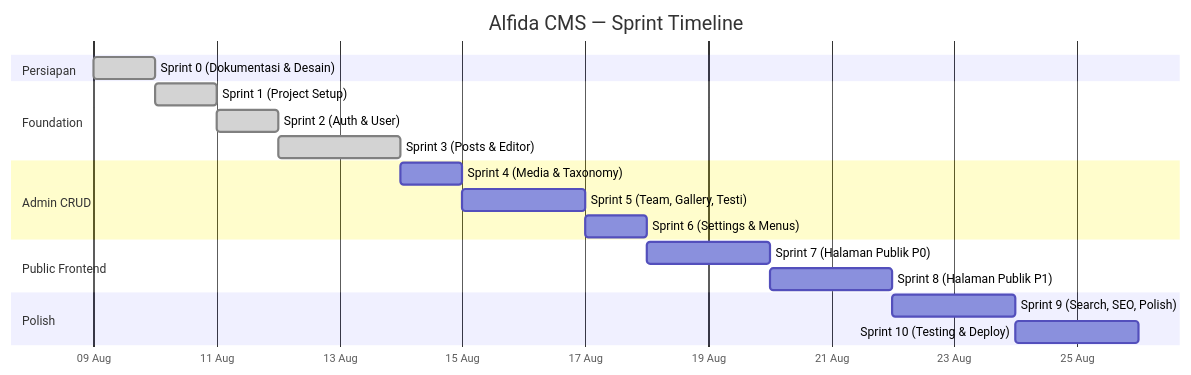
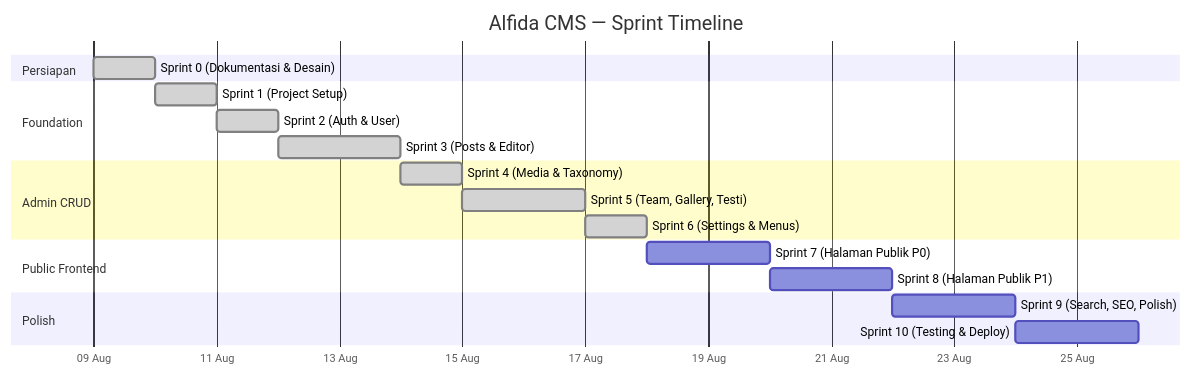
The diagram in docs/sprint-plan.md (alchemista27/nextcms), drawn with Mermaid before and after one commit. The commit also changed other lines of this file and 46 other files, not shown here.

Commit message:
feat: sprint 6 - site settings, dynamic menus, appearance theme config, and implicit many-to-many schema fix

````diff
--- a/docs/sprint-plan.md
+++ b/docs/sprint-plan.md
@@ -17,27 +17,27 @@
 ```mermaid
 gantt
     title Alfida CMS — Sprint Timeline
     dateFormat YYYY-MM-DD
     axisFormat %d %b
 
     section Persiapan
     Sprint 0 (Dokumentasi & Desain)  :done, s0, 2026-08-09, 1d
 
     section Foundation
     Sprint 1 (Project Setup)         :done, s1, after s0, 1d
     Sprint 2 (Auth & User)           :done, s2, after s1, 1d
     Sprint 3 (Posts & Editor)        :done, s3, after s2, 2d
 
     section Admin CRUD
-    Sprint 4 (Media & Taxonomy)      :s4, after s3, 1d
-    Sprint 5 (Team, Gallery, Testi)  :s5, after s4, 2d
-    Sprint 6 (Settings & Menus)      :s6, after s5, 1d
+    Sprint 4 (Media & Taxonomy)      :done, s4, after s3, 1d
+    Sprint 5 (Team, Gallery, Testi)  :done, s5, after s4, 2d
+    Sprint 6 (Settings & Menus)      :done, s6, after s5, 1d
 
     section Public Frontend
     Sprint 7 (Halaman Publik P0)     :s7, after s6, 2d
     Sprint 8 (Halaman Publik P1)     :s8, after s7, 2d
 
     section Polish
     Sprint 9 (Search, SEO, Polish)   :s9, after s8, 2d
     Sprint 10 (Testing & Deploy)     :s10, after s9, 2d
 ```
````
